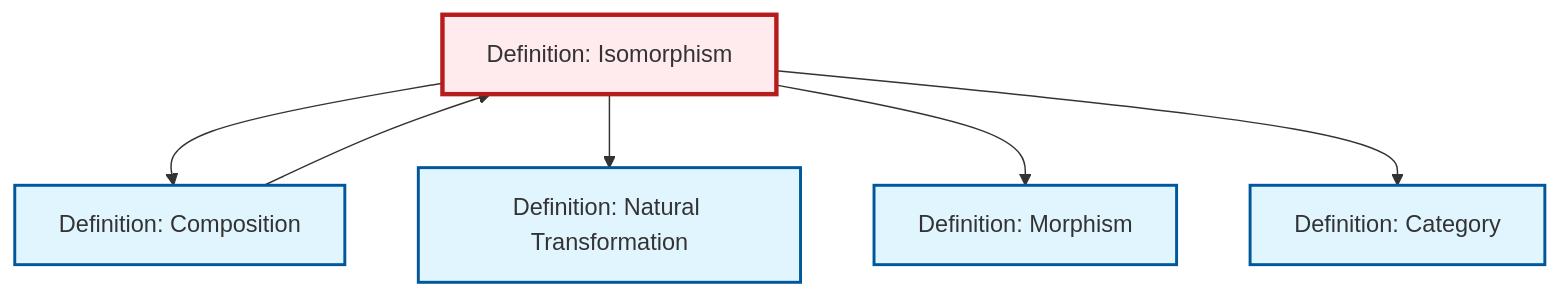
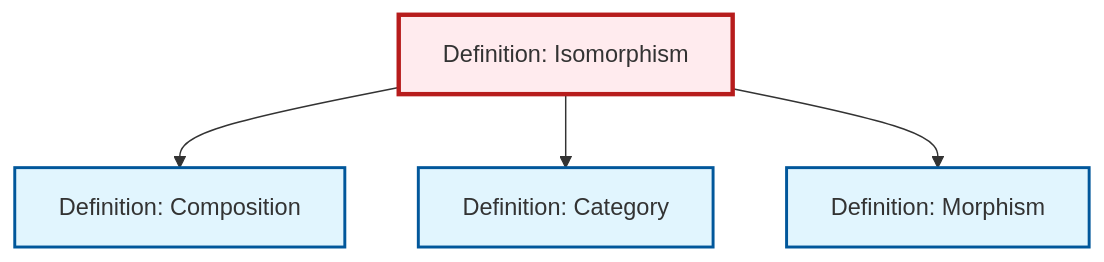
The diagram in content/en/category-theory/def-isomorphism.qmd (RK0429/ModernMath), drawn with Mermaid before and after one commit. The commit also changed 511 other files, not shown here.

````diff
--- a/content/en/category-theory/def-isomorphism.qmd
+++ b/content/en/category-theory/def-isomorphism.qmd
@@ -82,25 +82,17 @@
 ```{mermaid}
 %%| fig-cap: "Local dependency graph"
 graph TD
     classDef definition fill:#e1f5fe,stroke:#01579b,stroke-width:2px
     classDef theorem fill:#f3e5f5,stroke:#4a148c,stroke-width:2px
     classDef axiom fill:#fff3e0,stroke:#e65100,stroke-width:2px
     classDef example fill:#e8f5e9,stroke:#1b5e20,stroke-width:2px
     classDef current fill:#ffebee,stroke:#b71c1c,stroke-width:3px
+    def-morphism["Definition: Morphism"]:::definition
+    def-composition["Definition: Composition"]:::definition
     def-isomorphism["Definition: Isomorphism"]:::definition
-    def-composition["Definition: Composition"]:::definition
-    def-morphism["Definition: Morphism"]:::definition
     def-category["Definition: Category"]:::definition
-    def-natural-transformation["Definition: Natural Transformation"]:::definition
     def-isomorphism --> def-composition
-    def-isomorphism --> def-natural-transformation
+    def-isomorphism --> def-category
     def-isomorphism --> def-morphism
-    def-composition --> def-isomorphism
-    def-isomorphism --> def-category
     class def-isomorphism current
-
-    click def-composition "def-composition.html" "Go to Composition definition"
-    click def-morphism "def-morphism.html" "Go to Morphism definition"
-    click def-category "def-category.html" "Go to Category definition"
-    click def-natural-transformation "def-natural-transformation.html" "Go to Natural Transformation definition"
 ```
````
